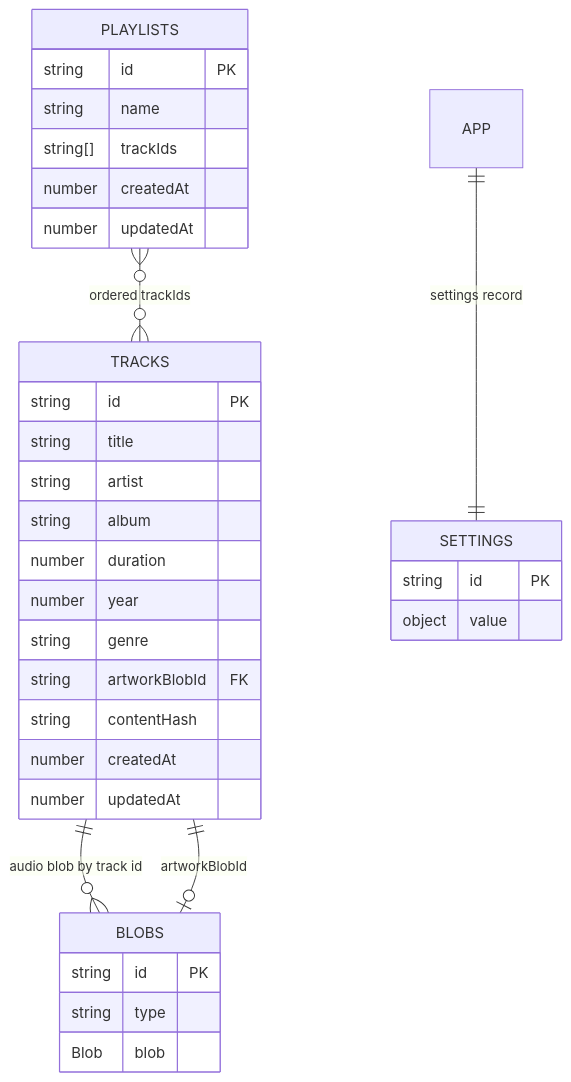
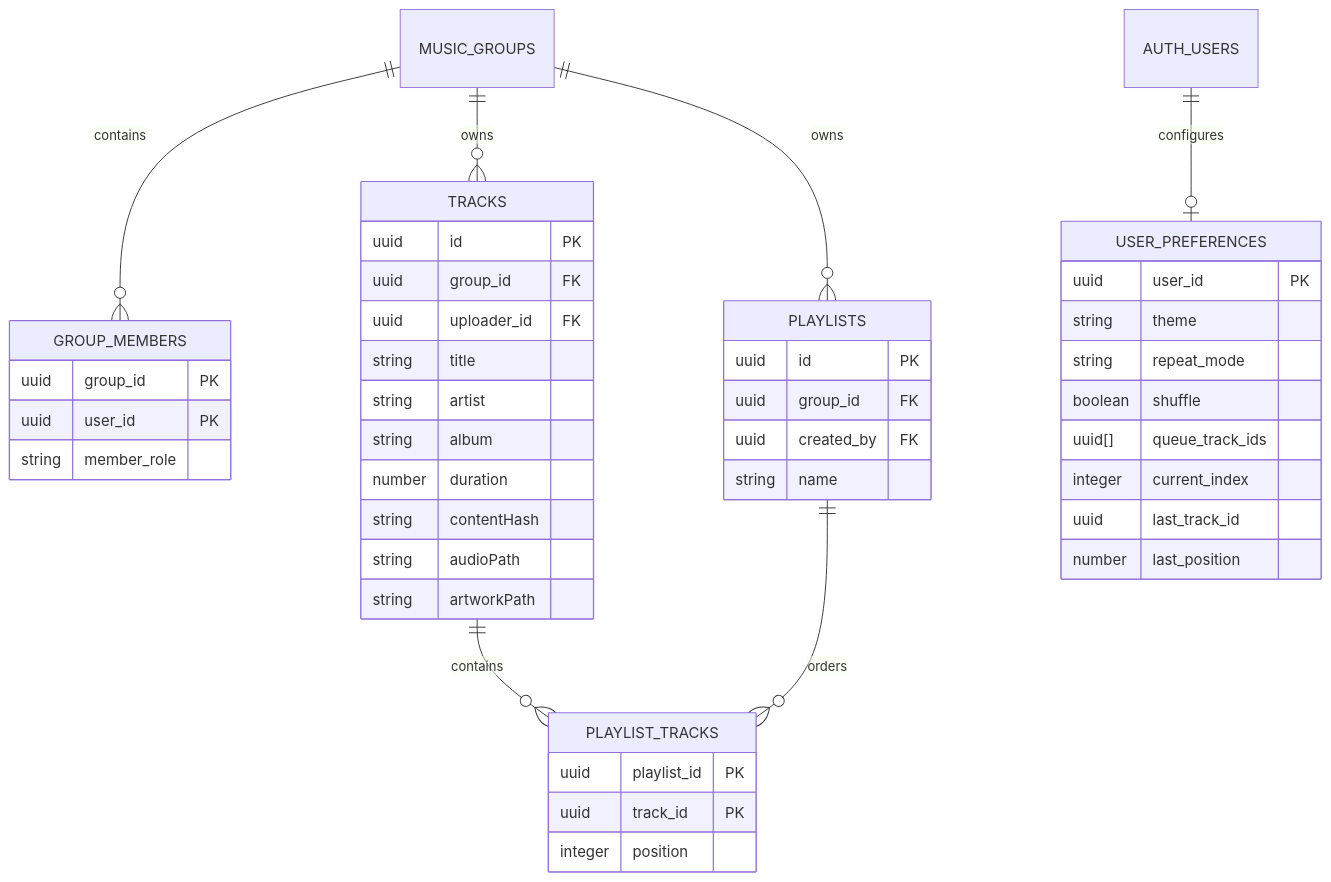
Before and after one commit to iftimetudor10-sketch/Spotify-copy: the diagram in README.md, drawn with Mermaid. The commit also changed other lines of this file and 27 other files, not shown here.

Commit message:
Add Supabase group music library

````diff
--- a/README.md
+++ b/README.md
@@ -34,36 +35,47 @@
 ```mermaid
 erDiagram
-  TRACKS ||--o{ BLOBS : "audio blob by track id"
-  TRACKS ||--o| BLOBS : "artworkBlobId"
-  PLAYLISTS }o--o{ TRACKS : "ordered trackIds"
-  APP ||--|| SETTINGS : "settings record"
+  MUSIC_GROUPS ||--o{ GROUP_MEMBERS : contains
+  MUSIC_GROUPS ||--o{ TRACKS : owns
+  MUSIC_GROUPS ||--o{ PLAYLISTS : owns
+  TRACKS ||--o{ PLAYLIST_TRACKS : contains
+  PLAYLISTS ||--o{ PLAYLIST_TRACKS : orders
+  AUTH_USERS ||--o| USER_PREFERENCES : configures
   TRACKS {
-    string id PK
+    uuid id PK
+    uuid group_id FK
+    uuid uploader_id FK
     string title
     string artist
     string album
     number duration
-    number year
-    string genre
-    string artworkBlobId FK
     string contentHash
-    number createdAt
-    number updatedAt
+    string audioPath
+    string artworkPath
   }
-  BLOBS {
-    string id PK
-    string type
-    Blob blob
+  GROUP_MEMBERS {
+    uuid group_id PK
+    uuid user_id PK
+    string member_role
   }
   PLAYLISTS {
-    string id PK
+    uuid id PK
+    uuid group_id FK
+    uuid created_by FK
     string name
-    string[] trackIds
-    number createdAt
-    number updatedAt
   }
-  SETTINGS {
-    string id PK
-    object value
+  PLAYLIST_TRACKS {
+    uuid playlist_id PK
+    uuid track_id PK
+    integer position
+  }
+  USER_PREFERENCES {
+    uuid user_id PK
+    string theme
+    string repeat_mode
+    boolean shuffle
+    uuid[] queue_track_ids
+    integer current_index
+    uuid last_track_id
+    number last_position
   }
 ```
````
